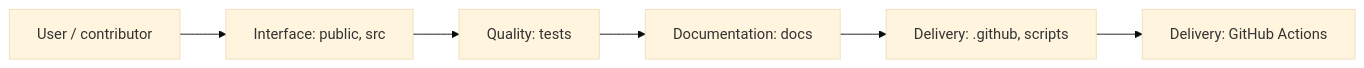
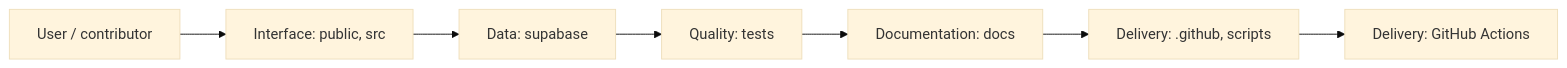
Before and after one commit to Nischhalsubba/blink-and-find: the third of 8 diagrams in README.md, drawn with Mermaid (base theme). The commit also changed other lines of this file, not shown here.

````diff
--- a/README.md
+++ b/README.md
@@ -76,9 +113,10 @@
 ```mermaid
 flowchart LR
-    ACTOR["User / contributor"]
-    ACTOR --> A0["Interface: public, src"]
-    A0 --> A1["Quality: tests"]
-    A1 --> A2["Documentation: docs"]
-    A2 --> A3["Delivery: .github, scripts"]
-    A3 --> DELIVERY["Delivery: GitHub Actions"]
+    USER["User / contributor"]
+    USER --> A0["Interface: public, src"]
+    A0 --> A1["Data: supabase"]
+    A1 --> A2["Quality: tests"]
+    A2 --> A3["Documentation: docs"]
+    A3 --> A4["Delivery: .github, scripts"]
+    A4 --> DELIVERY["Delivery: GitHub Actions"]
 ```
````
